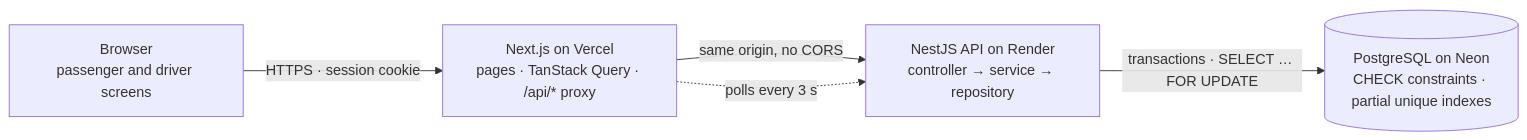
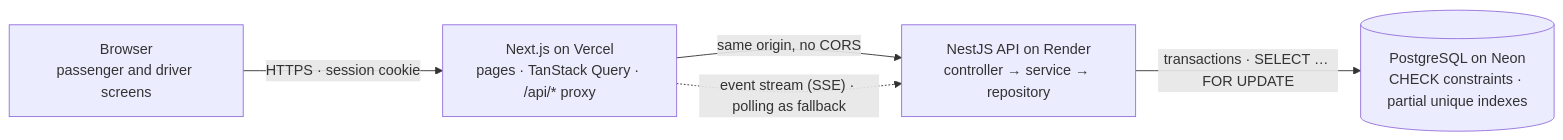
Before and after one commit to istiak133/Tesla: the first of 3 diagrams in README.md, drawn with Mermaid. The commit also changed other lines of this file and 10 other files, not shown here.

Commit message:
docs(pool): D-020 dispatch and live updates, the two-driver race, refreshed diagrams

````diff
--- a/README.md
+++ b/README.md
@@ -99,7 +100,7 @@
 ```mermaid
 flowchart LR
     B["Browser<br/>passenger and driver screens"] -->|"HTTPS · session cookie"| W["Next.js on Vercel<br/>pages · TanStack Query · /api/* proxy"]
     W -->|"same origin, no CORS"| A["NestJS API on Render<br/>controller → service → repository"]
     A -->|"transactions · SELECT … FOR UPDATE"| D[("PostgreSQL on Neon<br/>CHECK constraints · partial unique indexes")]
-    W -. "polls every 3 s" .-> A
+    W -. "event stream (SSE) · polling as fallback" .-> A
 ```
````
